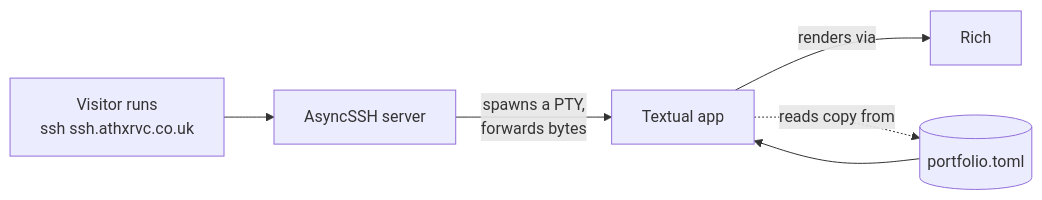
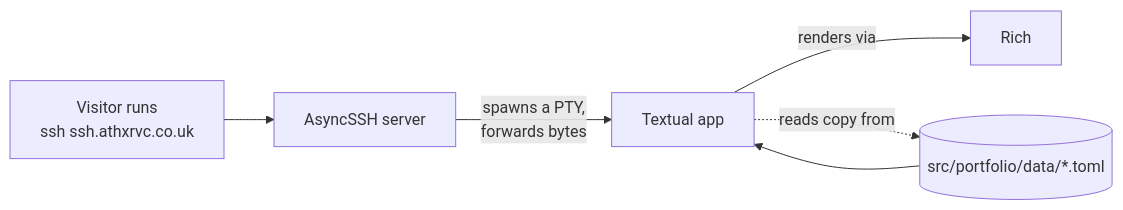
Before and after one commit to athxrvc/portfolio-terminal: the diagram in README.md, drawn with Mermaid. The commit also changed other lines of this file, not shown here.

````diff
--- a/README.md
+++ b/README.md
@@ -47,8 +80,8 @@
 ```mermaid
 flowchart LR
     A["Visitor runs<br/>ssh ssh.athxrvc.co.uk"] --> B["AsyncSSH server"]
-  B -->|"spawns a PTY,<br/>forwards bytes"| C["Textual app"]
-  C -->|"renders via"| D["Rich"]
-    E[(portfolio.toml)] --> C
+    B -->|"spawns a PTY,<br/>forwards bytes"| C["Textual app"]
+    C -->|"renders via"| D["Rich"]
+    E[(src/portfolio/data/*.toml)] --> C
     C -. "reads copy from" .-> E
 ```
````
